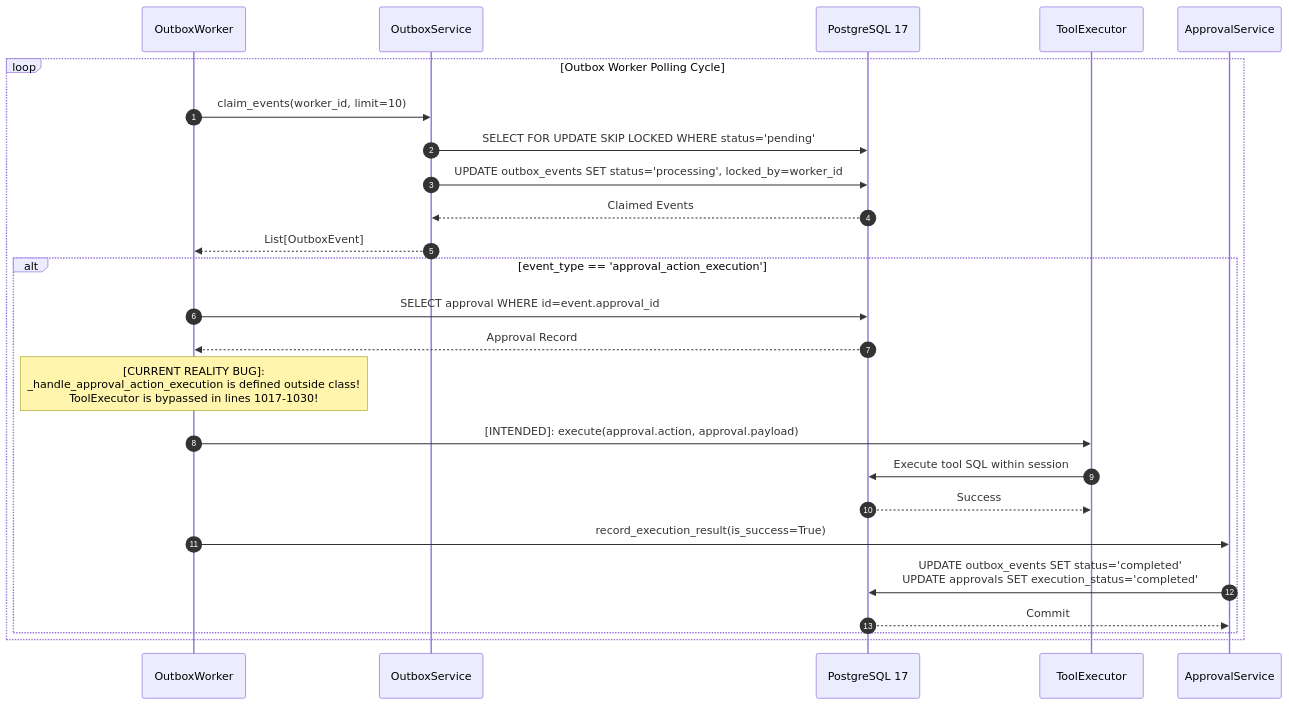
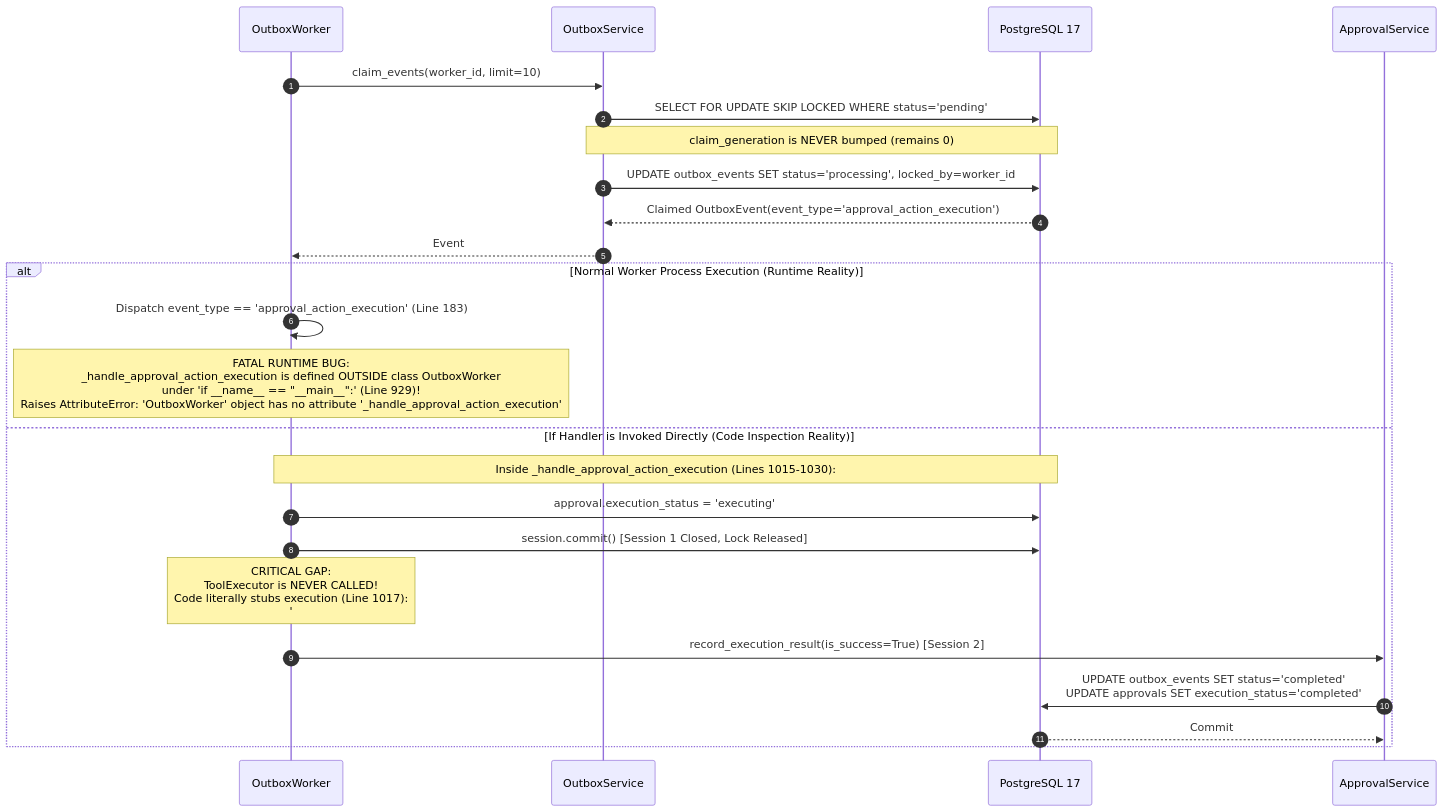
The third of 4 diagrams in docs/audit/comparative-review/CURRENT_PLATFORM_ARCHITECTURE_MAP.md (QQYC9/ai-employee-platform), drawn with Mermaid before and after one commit. The commit also changed other lines of this file and 3 other files, not shown here.

Commit message:
docs(audit): independently verify comparative architecture review

````diff
--- a/docs/audit/comparative-review/CURRENT_PLATFORM_ARCHITECTURE_MAP.md
+++ b/docs/audit/comparative-review/CURRENT_PLATFORM_ARCHITECTURE_MAP.md
@@ -169,32 +173,30 @@
 ```mermaid
 sequenceDiagram
     autonumber
     participant OW as OutboxWorker
     participant OS as OutboxService
     participant DB as PostgreSQL 17
-    participant TE as ToolExecutor
     participant AS as ApprovalService
 
-    loop Outbox Worker Polling Cycle
-        OW->>OS: claim_events(worker_id, limit=10)
-        OS->>DB: SELECT FOR UPDATE SKIP LOCKED WHERE status='pending'
-        OS->>DB: UPDATE outbox_events SET status='processing', locked_by=worker_id
-        DB-->>OS: Claimed Events
-        OS-->>OW: List[OutboxEvent]
+    OW->>OS: claim_events(worker_id, limit=10)
+    OS->>DB: SELECT FOR UPDATE SKIP LOCKED WHERE status='pending'
+    Note over OS,DB: claim_generation is NEVER bumped (remains 0)
+    OS->>DB: UPDATE outbox_events SET status='processing', locked_by=worker_id
+    DB-->>OS: Claimed OutboxEvent(event_type='approval_action_execution')
+    OS-->>OW: Event
 
-        alt event_type == 'approval_action_execution'
-            OW->>DB: SELECT approval WHERE id=event.approval_id
-            DB-->>OW: Approval Record
-            
-            Note over OW: [CURRENT REALITY BUG]:<br/>_handle_approval_action_execution is defined outside class!<br/>ToolExecutor is bypassed in lines 1017-1030!
-            
-            OW->>TE: [INTENDED]: execute(approval.action, approval.payload)
-            TE->>DB: Execute tool SQL within session
-            DB-->>TE: Success
-            
-            OW->>AS: record_execution_result(is_success=True)
-            AS->>DB: UPDATE outbox_events SET status='completed'<br/>UPDATE approvals SET execution_status='completed'
-            DB-->>AS: Commit
-        end
+    alt Normal Worker Process Execution (Runtime Reality)
+        OW->>OW: Dispatch event_type == 'approval_action_execution' (Line 183)
+        Note over OW: FATAL RUNTIME BUG:<br/>_handle_approval_action_execution is defined OUTSIDE class OutboxWorker<br/>under 'if __name__ == "__main__":' (Line 929)!<br/>Raises AttributeError: 'OutboxWorker' object has no attribute '_handle_approval_action_execution'
+    else If Handler is Invoked Directly (Code Inspection Reality)
+        Note over OW,DB: Inside _handle_approval_action_execution (Lines 1015-1030):
+        OW->>DB: approval.execution_status = 'executing'
+        OW->>DB: session.commit() [Session 1 Closed, Lock Released]
+        
+        Note over OW: CRITICAL GAP:<br/>ToolExecutor is NEVER CALLED!<br/>Code literally stubs execution (Line 1017):<br/>'# Stub: in full implementation, execute tool...'
+        
+        OW->>AS: record_execution_result(is_success=True) [Session 2]
+        AS->>DB: UPDATE outbox_events SET status='completed'<br/>UPDATE approvals SET execution_status='completed'
+        DB-->>AS: Commit
     end
 ```
````
